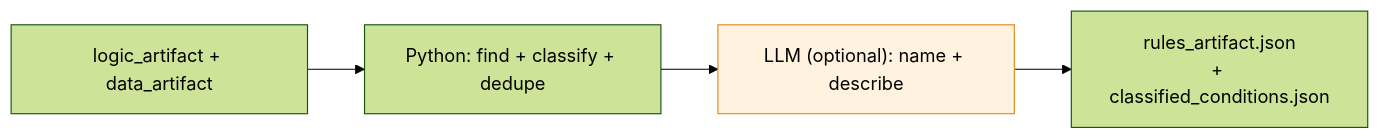
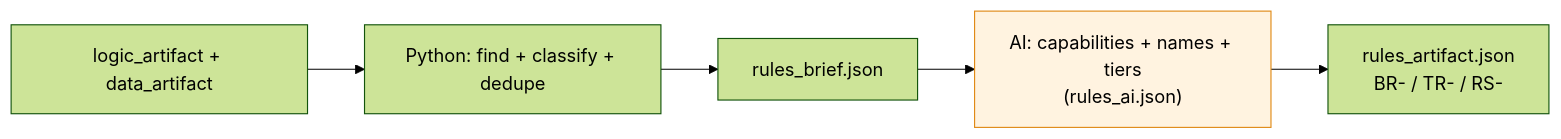
One commit to kaajalkrish/Legacy-Harness-Modernization-System changed the tenth of 12 diagrams in README.md. Above: the diagram before and after it, drawn with Mermaid (forest theme). The commit also changed other lines of this file and 19 other files, not shown here.

````diff
--- a/README.md
+++ b/README.md
@@ -271,8 +271,9 @@
 ```mermaid
 flowchart LR
     I["logic_artifact + data_artifact"] --> FIND["Python: find + classify + dedupe"]
-    FIND --> NAME["LLM (optional): name + describe"]
-    NAME --> O["rules_artifact.json<br/>+ classified_conditions.json"]
+    FIND --> BRIEF["rules_brief.json"]
+    BRIEF --> NAME["AI: capabilities + names + tiers<br/>(rules_ai.json)"]
+    NAME --> O["rules_artifact.json<br/>BR- / TR- / RS-"]
     classDef l fill:#fff3e0,stroke:#e08a17;
     class NAME l;
 ```
````
